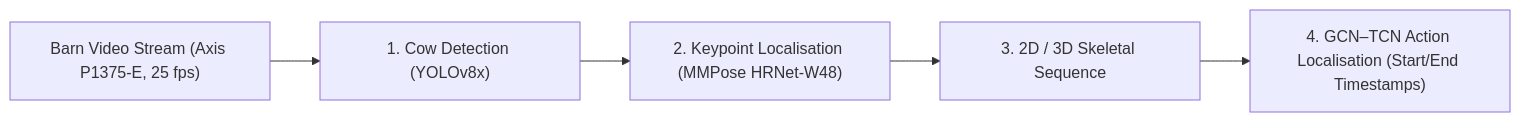
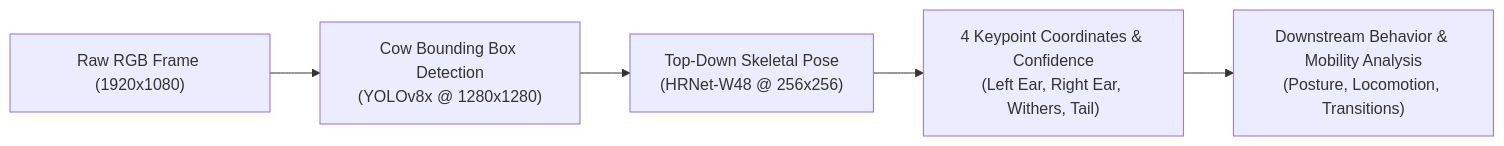
Before and after one commit to dairycampus/dairycampus-cow-pose-estimation-klandermans: the diagram in README.md, drawn with Mermaid. The commit also changed other lines of this file and 5 other files, not shown here.

````diff
--- a/README.md
+++ b/README.md
@@ -27,7 +50,7 @@
 ```mermaid
 flowchart LR
-    A["Barn Video Stream (Axis P1375-E, 25 fps)"] --> B["1. Cow Detection (YOLOv8x)"]
-    B --> C["2. Keypoint Localisation (MMPose HRNet-W48)"]
-    C --> D["3. 2D / 3D Skeletal Sequence"]
-    D --> E["4. GCN–TCN Action Localisation (Start/End Timestamps)"]
+    A["Raw RGB Frame (1920x1080)"] --> B["Cow Bounding Box Detection\n(YOLOv8x @ 1280x1280)"]
+    B --> C["Top-Down Skeletal Pose\n(HRNet-W48 @ 256x256)"]
+    C --> D["4 Keypoint Coordinates & Confidence\n(Left Ear, Right Ear, Withers, Tail)"]
+    D --> E["Downstream Behavior & Mobility Analysis\n(Posture, Locomotion, Transitions)"]
 ```
````
